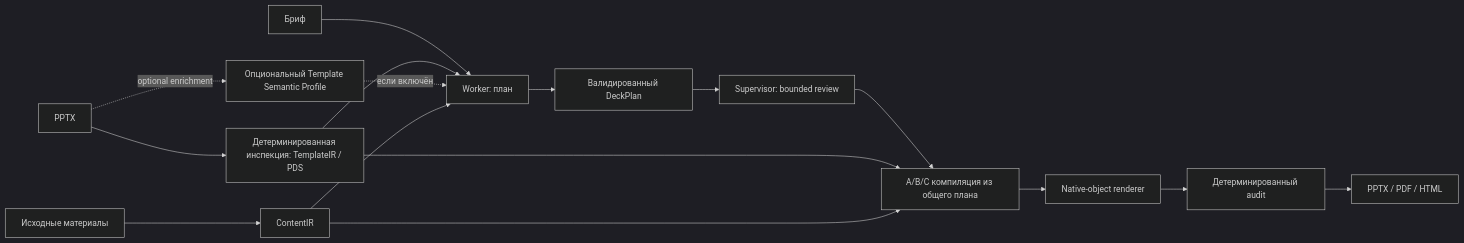
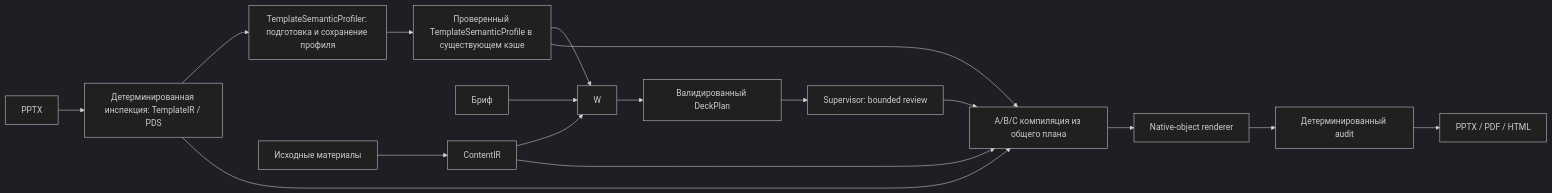
One commit to alexeikrivilev-cyber/LCT_vk changed the third of 3 diagrams in ARCHITECTURE.md. Above: the diagram before and after it, drawn with Mermaid (dark theme). The commit also changed other lines of this file and 30 other files, not shown here.

Commit message:
fix: prepare template semantic profile before generation

````diff
--- a/ARCHITECTURE.md
+++ b/ARCHITECTURE.md
@@ -45,18 +45,19 @@
 ```mermaid
 flowchart LR
   T[PPTX] --> TI[Детерминированная инспекция: TemplateIR / PDS]
-  T -. optional enrichment .-> SP[Опциональный Template Semantic Profile]
+  TI --> PREP[TemplateSemanticProfiler: подготовка и сохранение профиля]
   C[Исходные материалы] --> CI[ContentIR]
-  B[Бриф] --> W[Worker: план]
-  TI --> W
-  SP -. если включён .-> W
+  B[Бриф] --> W
   CI --> W
+  PREP --> SP[Проверенный TemplateSemanticProfile в существующем кэше]
+  SP --> W
   W --> DP[Валидированный DeckPlan]
   DP --> S[Supervisor: bounded review]
   S --> G[A/B/C компиляция из общего плана]
   TI --> G
+  SP --> G
   CI --> G
   G --> R[Native-object renderer]
   R --> A[Детерминированный audit]
   A --> E[PPTX / PDF / HTML]
 ```
````
